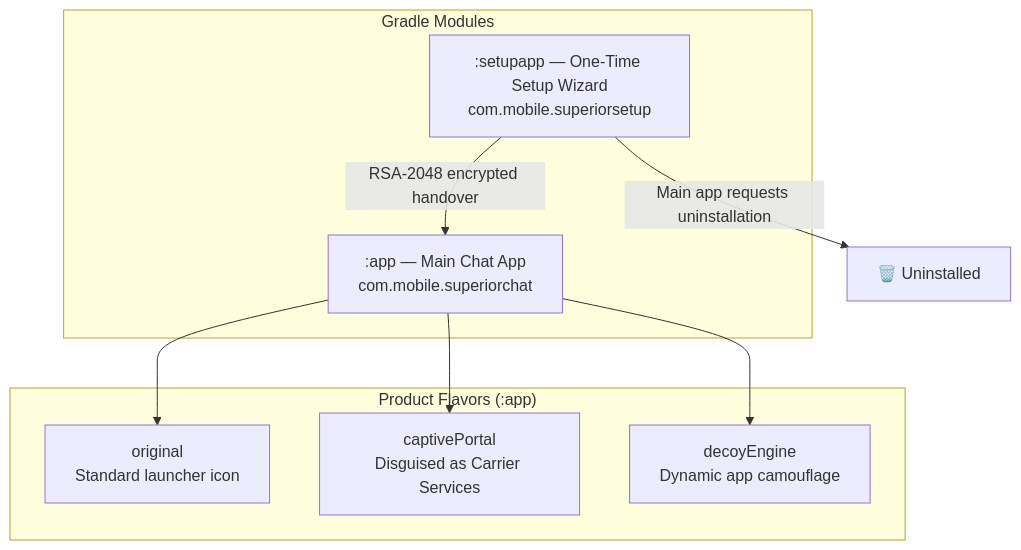
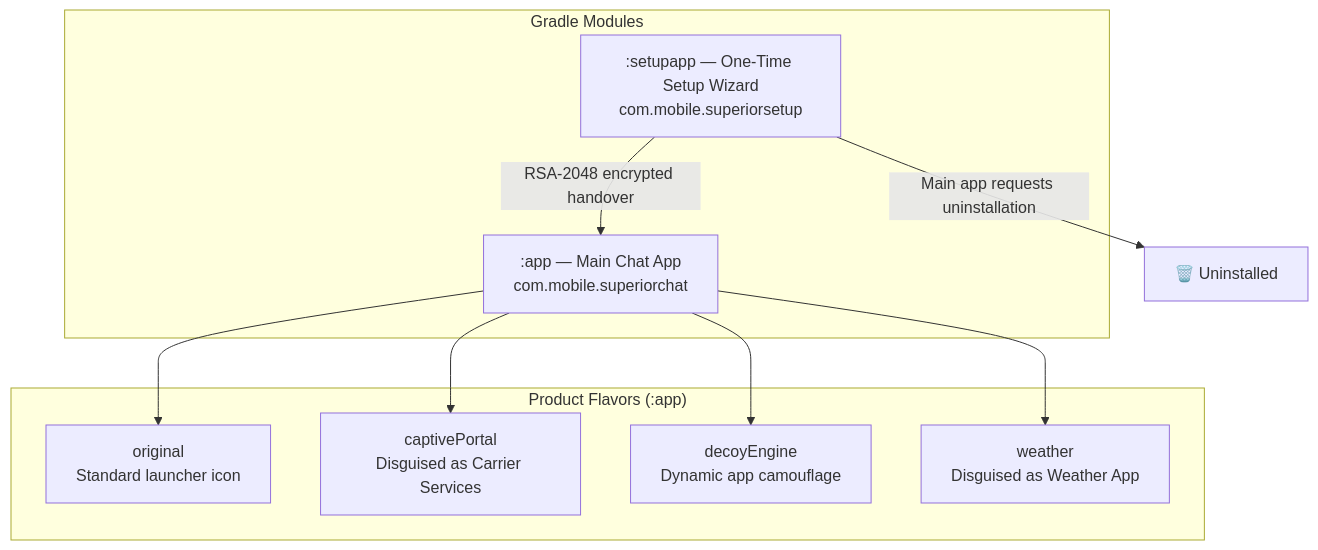
One commit to sandeshsahu/superiorchat changed the second of 5 diagrams in docs/Architecture.md. Above: the diagram before and after it, drawn with Mermaid. The commit also changed other lines of this file and 83 other files, not shown here.

First line of the commit message:
feat: Integrate Weather App Decoy and Synced docs

````diff
--- a/docs/Architecture.md
+++ b/docs/Architecture.md
@@ -37,19 +37,21 @@
 ```mermaid
 graph TD
     subgraph "Gradle Modules"
         APP[":app — Main Chat App<br/>com.mobile.superiorchat"]
         SETUP[":setupapp — One-Time Setup Wizard<br/>com.mobile.superiorsetup"]
     end
     
     subgraph "Product Flavors (:app)"
         O["original<br/>Standard launcher icon"]
         CP["captivePortal<br/>Disguised as Carrier Services"]
         DE["decoyEngine<br/>Dynamic app camouflage"]
+        WE["weather<br/>Disguised as Weather App"]
     end
 
     APP --> O
     APP --> CP
     APP --> DE
+    APP --> WE
     SETUP -->|"RSA-2048 encrypted handover"| APP
     SETUP -->|"Main app requests uninstallation"| X["🗑️ Uninstalled"]
 ```
````
